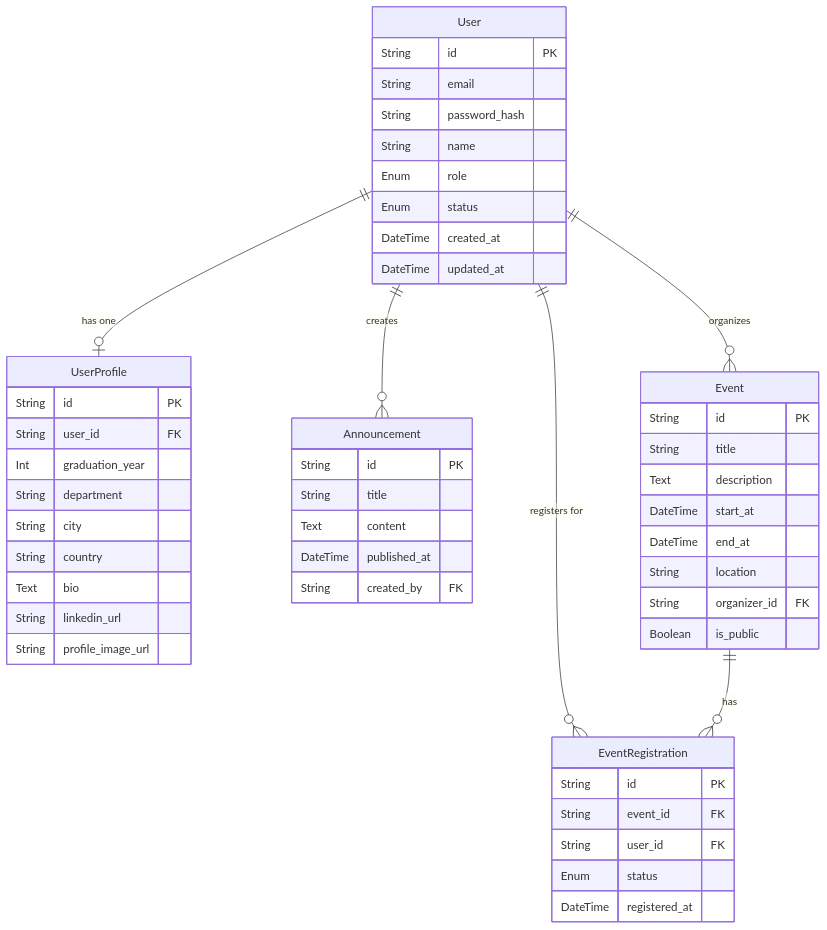
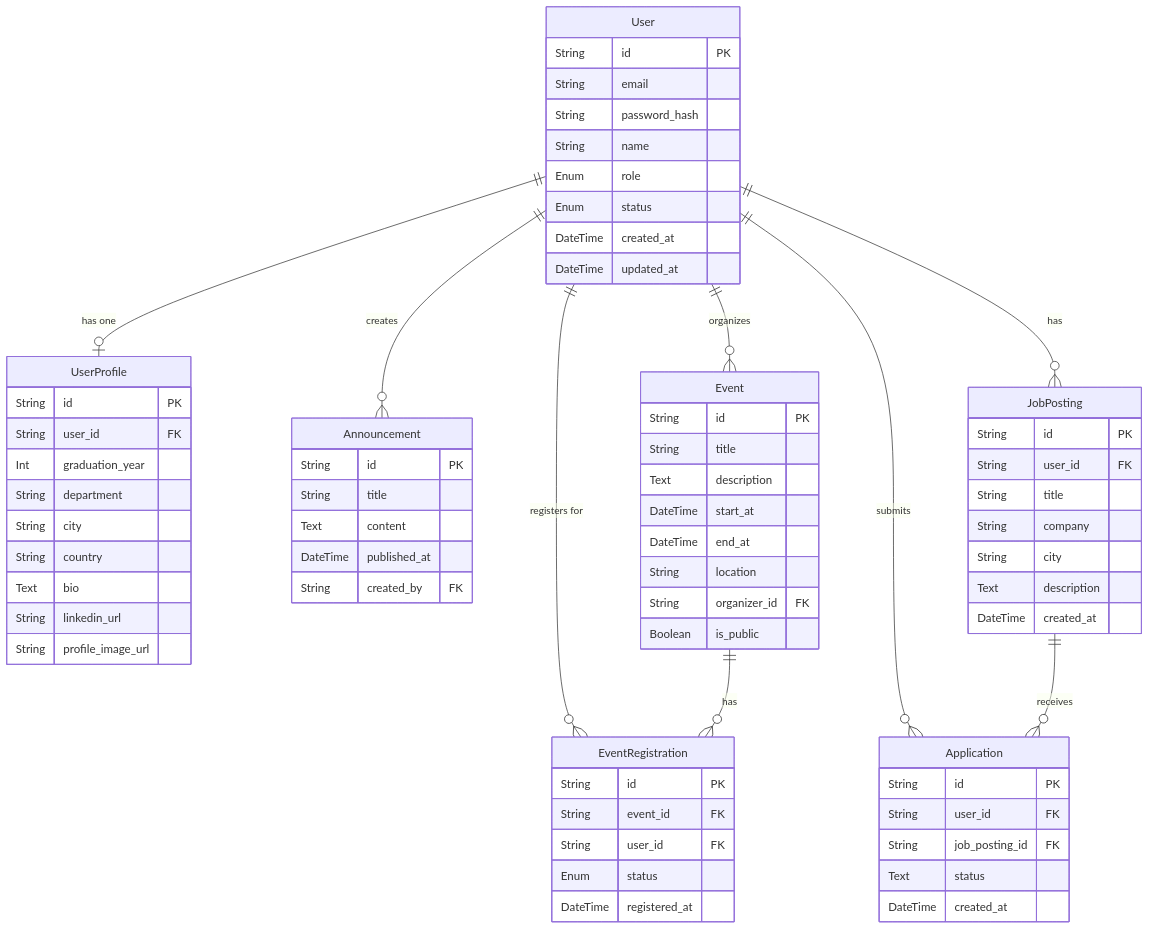
The diagram in docs/ddd.md (nhtctn/alumni), drawn with Mermaid before and after one commit. The commit also changed other lines of this file and 2 other files, not shown here.

Commit message:
Week 6 - Update ddd with job postings and application tables

````diff
--- a/docs/ddd.md
+++ b/docs/ddd.md
@@ -96,54 +122,73 @@
 ```mermaid
 erDiagram
     User ||--o| UserProfile : "has one"
     User ||--o{ Announcement : "creates"
     User ||--o{ Event : "organizes"
     User ||--o{ EventRegistration : "registers for"
     Event ||--o{ EventRegistration : "has"
+    User ||--o{ JobPosting : "has"
+    User ||--o{ Application : "submits"
+    JobPosting ||--o{ Application : "receives"
 
     User {
         String id PK
         String email
         String password_hash
         String name
         Enum role
         Enum status
         DateTime created_at
         DateTime updated_at
     }
     UserProfile {
         String id PK
         String user_id FK
         Int graduation_year
         String department
         String city
         String country
         Text bio
         String linkedin_url
         String profile_image_url
     }
     Announcement {
         String id PK
         String title
         Text content
         DateTime published_at
         String created_by FK
     }
     Event {
         String id PK
         String title
         Text description
         DateTime start_at
         DateTime end_at
         String location
         String organizer_id FK
         Boolean is_public
     }
     EventRegistration {
         String id PK
         String event_id FK
         String user_id FK
         Enum status
         DateTime registered_at
     }
+    JobPosting {
+        String id PK
+        String user_id FK
+        String title
+        String company
+        String city
+        Text description
+        DateTime created_at
+    }
+    Application {
+        String id PK
+        String user_id FK
+        String job_posting_id FK
+        Text status
+        DateTime created_at
+    }
 ```
````
